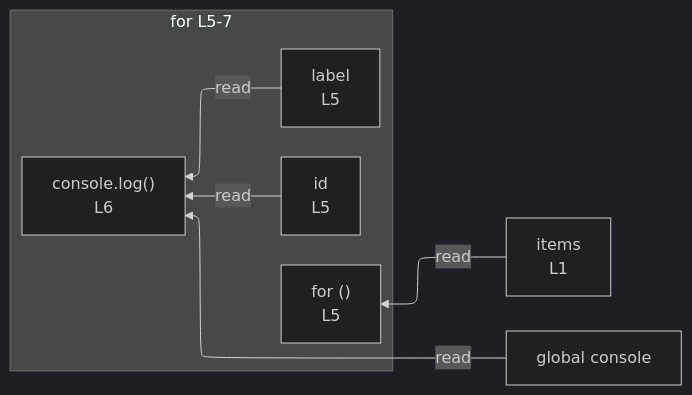
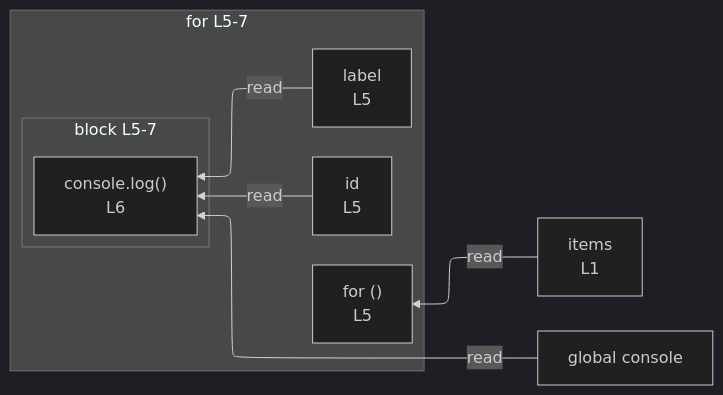
The diagram in integration/fixtures/iteration-statement/for-of/object-destructuring/preview.md (crescware/unsnarl), drawn with Mermaid (dark theme) before and after one commit. The commit also changed 106 other files, not shown here.

````diff
--- a/integration/fixtures/iteration-statement/for-of/object-destructuring/preview.md
+++ b/integration/fixtures/iteration-statement/for-of/object-destructuring/preview.md
@@ -17,17 +17,20 @@
 ```mermaid
 %%{init: {"flowchart": {"defaultRenderer": "elk"}}}%%
 flowchart RL
   n_scope_0_items_6["items<br/>L1"]
   n_scope_0_console_108["global console"]
   subgraph s_scope_1["for L5-7"]
     direction RL
     for_test_scope_0_69["for ()<br/>L5"]
     n_scope_1_id_82["id<br/>L5"]
     n_scope_1_label_86["label<br/>L5"]
-    expr_stmt_108["console.log()<br/>L6"]
+    subgraph s_scope_2["block L5-7"]
+      direction RL
+      expr_stmt_108["console.log()<br/>L6"]
+    end
   end
   n_scope_0_items_6 -->|read| for_test_scope_0_69
   n_scope_0_console_108 -->|read| expr_stmt_108
   n_scope_1_id_82 -->|read| expr_stmt_108
   n_scope_1_label_86 -->|read| expr_stmt_108
 ```
````
